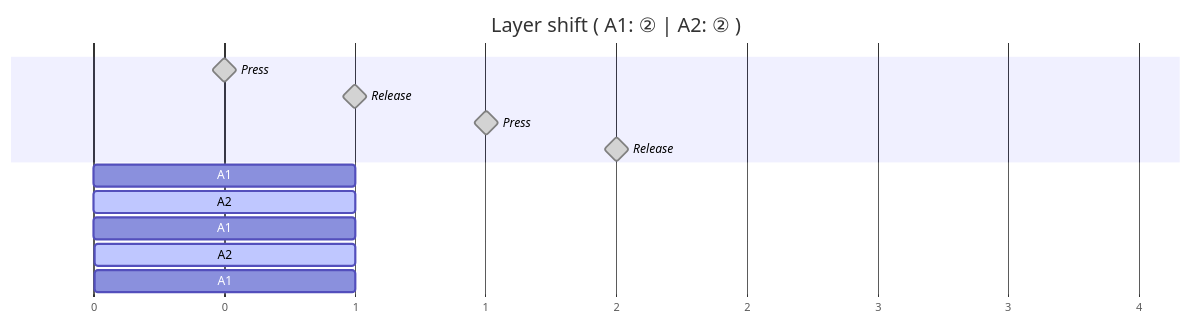
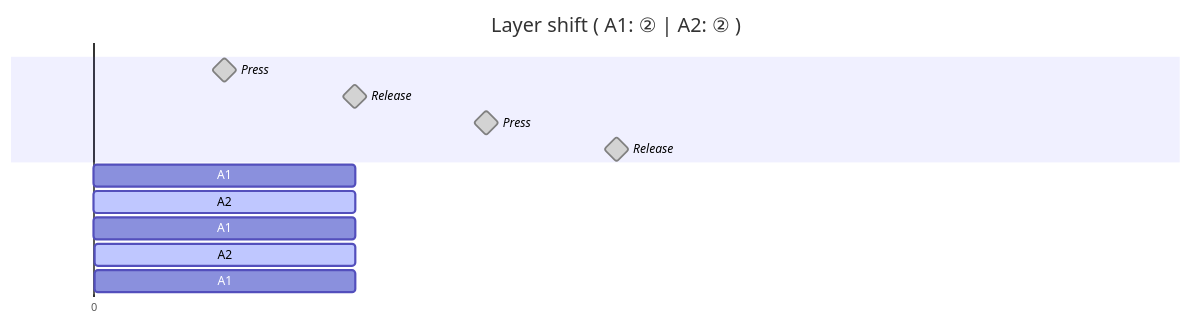
The first of 3 diagrams in source/_posts/tangent-s-collection-of-charachorder-tips.md (andy23512/blog), drawn with Mermaid before and after one commit. The commit also changed other lines of this file and 306 other files, not shown here.

````diff
--- a/source/_posts/tangent-s-collection-of-charachorder-tips.md
+++ b/source/_posts/tangent-s-collection-of-charachorder-tips.md
@@ -49,16 +49,21 @@
-{% mermaid gantt %}
+```mermaid
+---
+displayMode: compact
+---
+gantt
     dateFormat X
     axisFormat %s
-        title Layer shift ( A1: ② | A2: ② )
+    tickInterval 1day
+    title Layer shift ( A1: ② | A2: ② )
     section ㅤ
     Press: milestone, done, 1, 1
     Release: milestone, done, 2, 2
     Press: milestone, done, 3, 3
     Release: milestone, done, 4, 4
     section ㅤㅤ
     A1: 0, 1s
     A2: active, 1, 1s
     A1: 2, 1s
     A2: active, 3, 1s
     A1: 4, 1s
-{% endmermaid %}
+```
````
